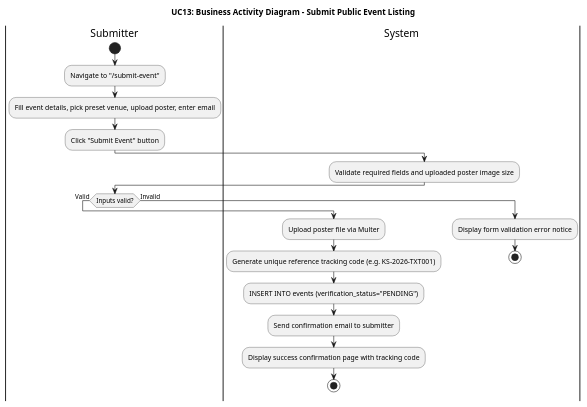
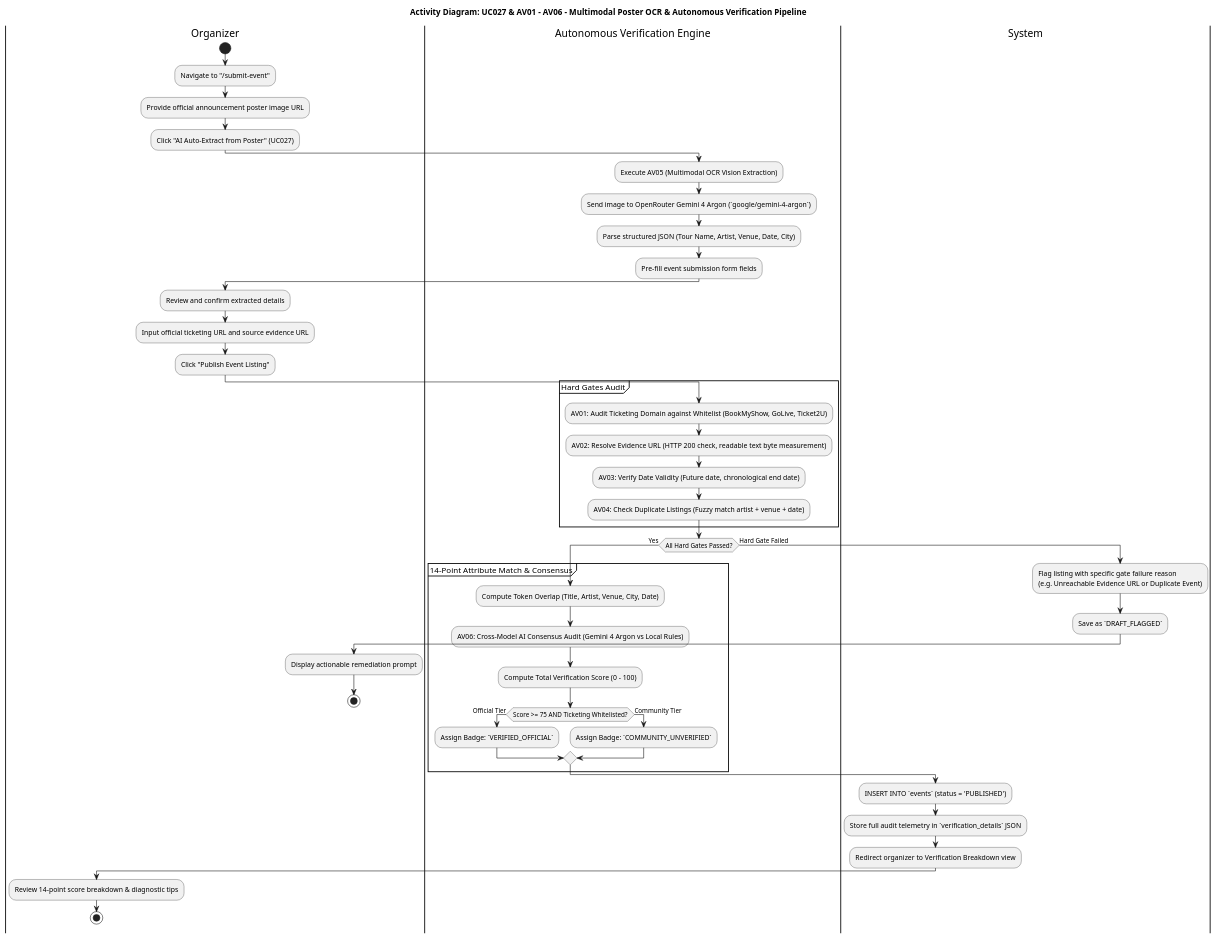
Before and after one commit to ammarsyaathir/ksync: the sixth of 7 diagrams in docs/KSync_Business_Activity_Diagrams_All.puml, drawn with PlantUML. The commit also changed other lines of this file and 12 other files, not shown here.

Commit message:
feat(redesign): complete system architecture redesign with Impeccable design system tokens, 42 use cases, PlantUML diagrams, 14-table ERD, and recompiled academic SRS deliverables

```diff
--- a/docs/KSync_Business_Activity_Diagrams_All.puml
+++ b/docs/KSync_Business_Activity_Diagrams_All.puml
@@ -314,30 +226,56 @@
-@startuml UC13_Activity
-skinparam monochrome true
-skinparam shadowing false
-skinparam defaultFontName Arial
-skinparam defaultTextAlignment center
+@startuml AD06_AutonomousVerification
+title Activity Diagram: UC027 & AV01 - AV06 - Multimodal Poster OCR & Autonomous Verification Pipeline
+skinparam defaultFontName "Outfit, Arial, sans-serif"
 
-title UC13: Business Activity Diagram - Submit Public Event Listing
-
-|Submitter|
+|Organizer|
 start
 :Navigate to "/submit-event";
-:Fill event details, pick preset venue, upload poster, enter email;
-:Click "Submit Event" button;
-|System|
-:Validate required fields and uploaded poster image size;
-|Submitter|
-if (Inputs valid?) then (Valid)
+:Provide official announcement poster image URL;
+:Click "AI Auto-Extract from Poster" (UC027);
+
+|Autonomous Verification Engine|
+:Execute AV05 (Multimodal OCR Vision Extraction);
+:Send image to OpenRouter Gemini 4 Argon (`google/gemini-4-argon`);
+:Parse structured JSON (Tour Name, Artist, Venue, Date, City);
+:Pre-fill event submission form fields;
+
+|Organizer|
+:Review and confirm extracted details;
+:Input official ticketing URL and source evidence URL;
+:Click "Publish Event Listing";
+
+|Autonomous Verification Engine|
+partition "Hard Gates Audit" {
+  :AV01: Audit Ticketing Domain against Whitelist (BookMyShow, GoLive, Ticket2U);
+  :AV02: Resolve Evidence URL (HTTP 200 check, readable text byte measurement);
+  :AV03: Verify Date Validity (Future date, chronological end date);
+  :AV04: Check Duplicate Listings (Fuzzy match artist + venue + date);
+}
+
+if (All Hard Gates Passed?) then (Yes)
+  partition "14-Point Attribute Match & Consensus" {
+    :Compute Token Overlap (Title, Artist, Venue, City, Date);
+    :AV06: Cross-Model AI Consensus Audit (Gemini 4 Argon vs Local Rules);
+    :Compute Total Verification Score (0 - 100);
+    if (Score >= 75 AND Ticketing Whitelisted?) then (Official Tier)
+      :Assign Badge: `VERIFIED_OFFICIAL`;
+    else (Community Tier)
+      :Assign Badge: `COMMUNITY_UNVERIFIED`;
+    endif
+  }
   |System|
-  :Upload poster file via Multer;
-  :Generate unique reference tracking code (e.g. KS-2026-TXT001);
-  :INSERT INTO events (verification_status="PENDING");
-  :Send confirmation email to submitter;
-  :Display success confirmation page with tracking code;
+  :INSERT INTO `events` (status = 'PUBLISHED');
+  :Store full audit telemetry in `verification_details` JSON;
+  :Redirect organizer to Verification Breakdown view;
+  |Organizer|
+  :Review 14-point score breakdown & diagnostic tips;
   stop
-else (Invalid)
+else (Hard Gate Failed)
   |System|
-  :Display form validation error notice;
+  :Flag listing with specific gate failure reason\n(e.g. Unreachable Evidence URL or Duplicate Event);
+  :Save as `DRAFT_FLAGGED`;
+  |Organizer|
+  :Display actionable remediation prompt;
   stop
 endif
 @enduml
```
